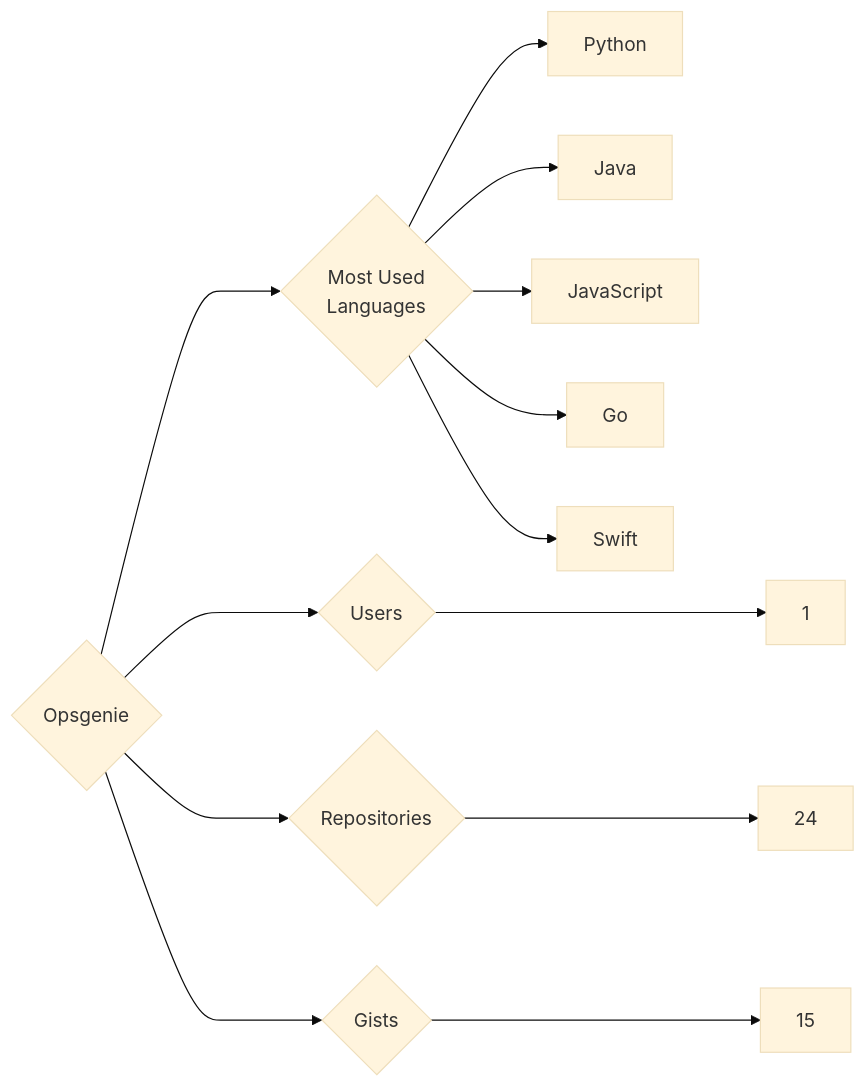
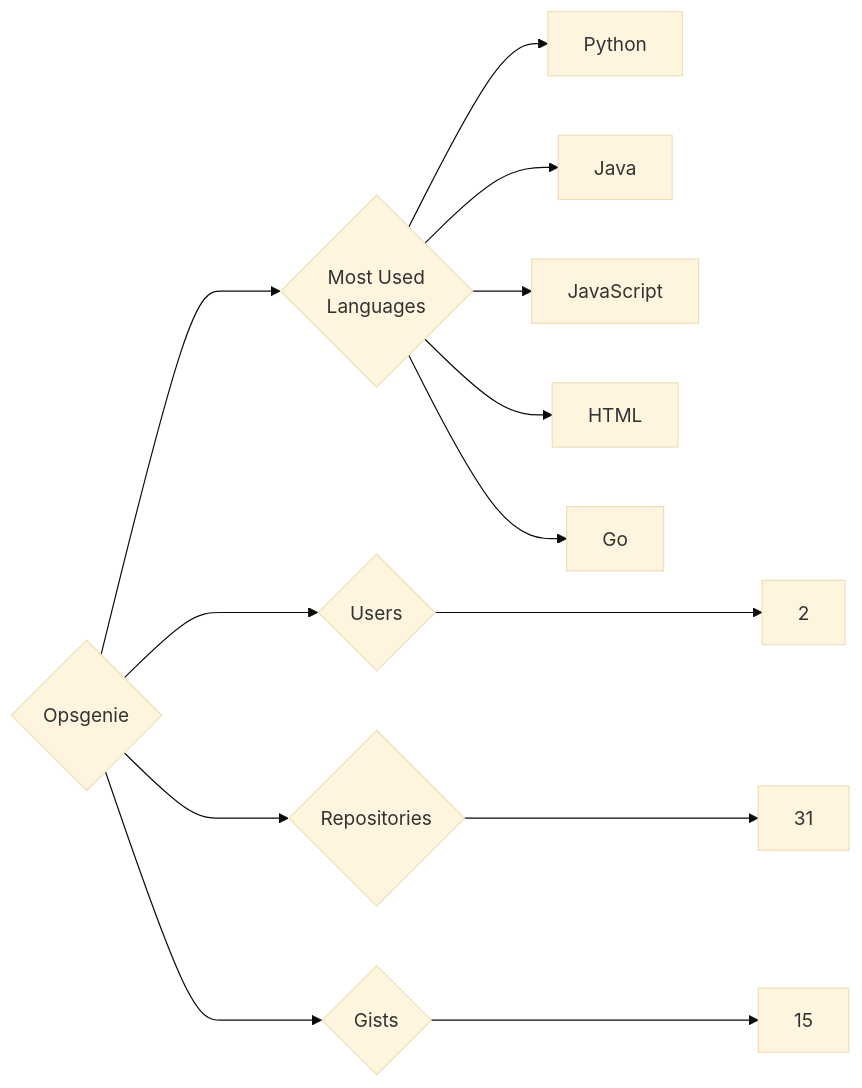
One commit to trickest/insiders changed the diagram in targets/Opsgenie/README.md. Above: the diagram before and after it, drawn with Mermaid (base theme). The commit also changed 928 other files, not shown here.

````diff
--- a/targets/Opsgenie/README.md
+++ b/targets/Opsgenie/README.md
@@ -3,13 +3,13 @@
 ```mermaid
 graph LR
 COMPANY_NAME{Opsgenie}
-COMPANY_NAME ---> U{Users} ---> UN[1]
-COMPANY_NAME ---> R{Repositories} ---> RN[24]
+COMPANY_NAME ---> U{Users} ---> UN[2]
+COMPANY_NAME ---> R{Repositories} ---> RN[31]
 COMPANY_NAME ---> G{Gists} ---> GN[15]
 COMPANY_NAME ---> ML{Most Used<br>Languages}
 ML --> Python[Python]
 ML --> Java[Java]
 ML --> JavaScript[JavaScript]
+ML --> HTML[HTML]
 ML --> Go[Go]
-ML --> Swift[Swift]
 ```
````
